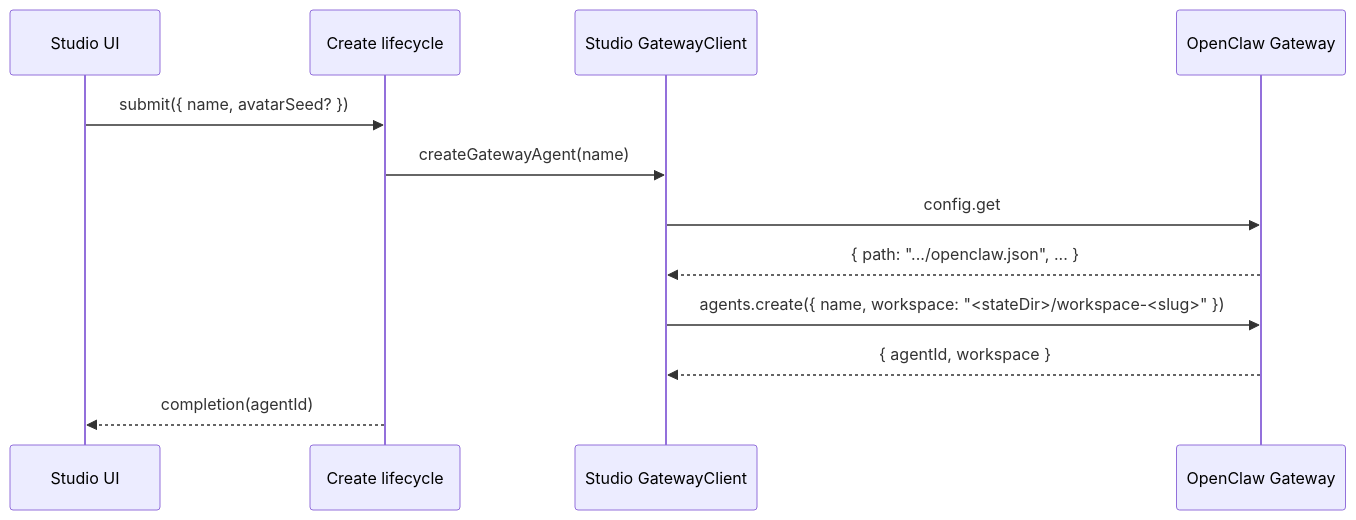
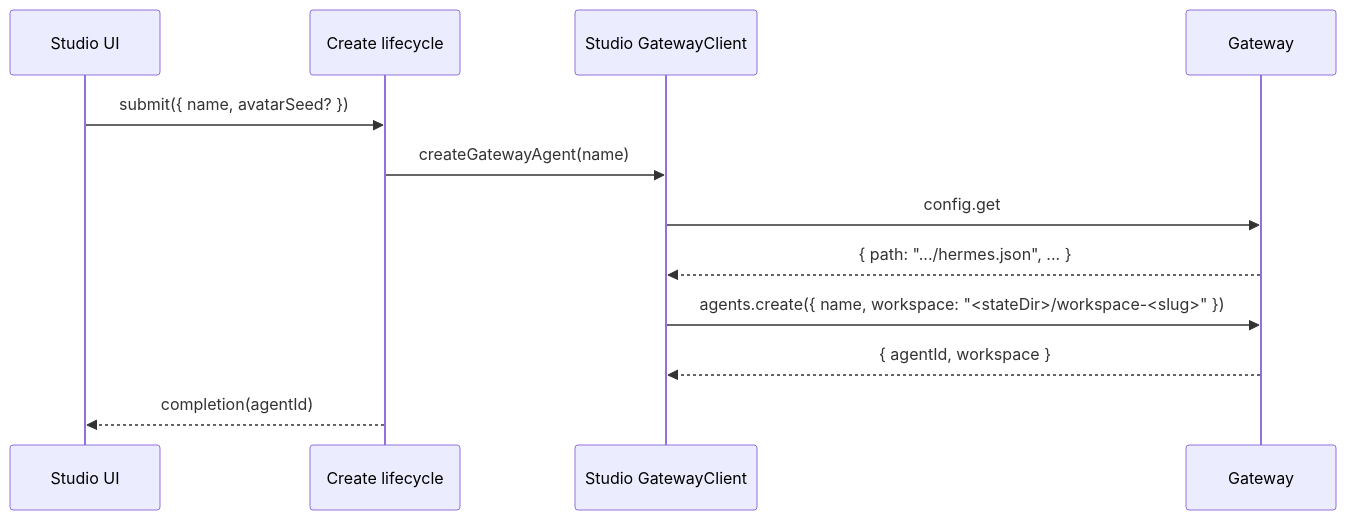
The diagram in docs/permissions-sandboxing.md (Fallenproud/Hermes3D), drawn with Mermaid before and after one commit. The commit also changed other lines of this file and 163 other files, not shown here.

First line of the commit message:
feat: target Hermes as the only gateway backend

````diff
--- a/docs/permissions-sandboxing.md
+++ b/docs/permissions-sandboxing.md
@@ -81,15 +81,15 @@
 ```mermaid
 sequenceDiagram
   participant UI as Studio UI
   participant L as Create lifecycle
   participant GC as Studio GatewayClient
-  participant G as OpenClaw Gateway
+  participant G as Gateway
 
   UI->>L: submit({ name, avatarSeed? })
   L->>GC: createGatewayAgent(name)
   GC->>G: config.get
-  G-->>GC: { path: ".../openclaw.json", ... }
+  G-->>GC: { path: ".../hermes.json", ... }
   GC->>G: agents.create({ name, workspace: "<stateDir>/workspace-<slug>" })
   G-->>GC: { agentId, workspace }
   L-->>UI: completion(agentId)
 ```
````
